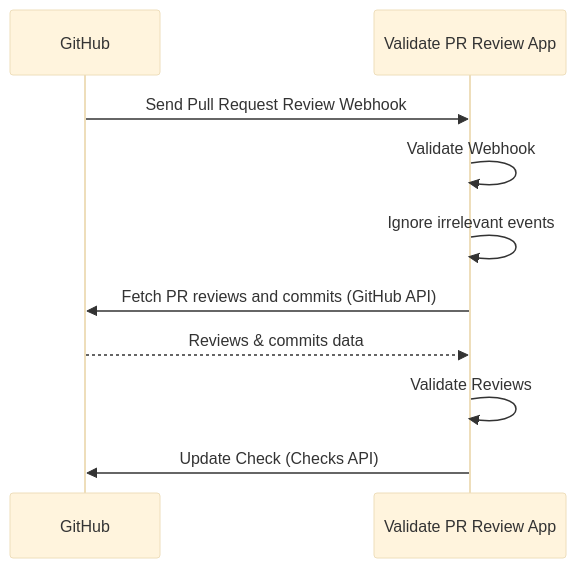
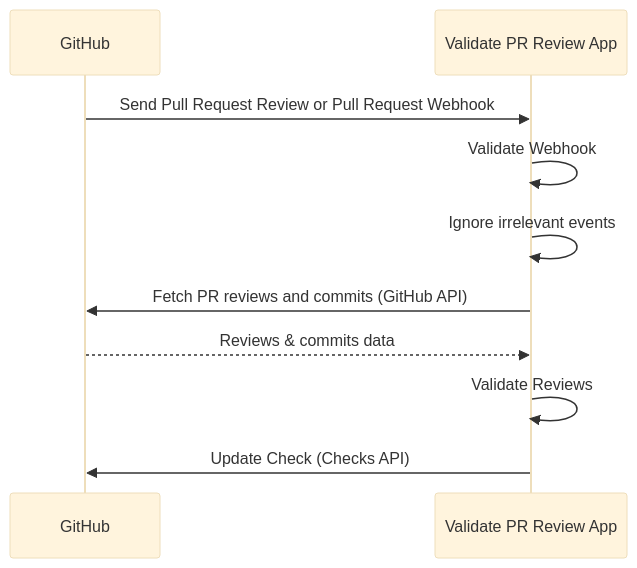
The diagram in README.md (suzuki-shunsuke/validate-pr-review-app), drawn with Mermaid (base theme) before and after one commit. The commit also changed other lines of this file and 3 other files, not shown here.

Commit message:
docs: add documentation for empty commits, trivial merge commits, and pull request event handling (#422)

````diff
--- a/README.md
+++ b/README.md
@@ -38,13 +40,13 @@
 ```mermaid
 sequenceDiagram
     participant GitHub
     participant ValidatePRReviewApp as Validate PR Review App
 
-    GitHub ->> ValidatePRReviewApp: Send Pull Request Review Webhook
+    GitHub ->> ValidatePRReviewApp: Send Pull Request Review or Pull Request Webhook
     ValidatePRReviewApp ->> ValidatePRReviewApp: Validate Webhook
     ValidatePRReviewApp ->> ValidatePRReviewApp: Ignore irrelevant events
     ValidatePRReviewApp ->> GitHub: Fetch PR reviews and commits (GitHub API)
     GitHub -->> ValidatePRReviewApp: Reviews & commits data
     ValidatePRReviewApp ->> ValidatePRReviewApp: Validate Reviews
     ValidatePRReviewApp ->> GitHub: Update Check (Checks API)
 ```
````
